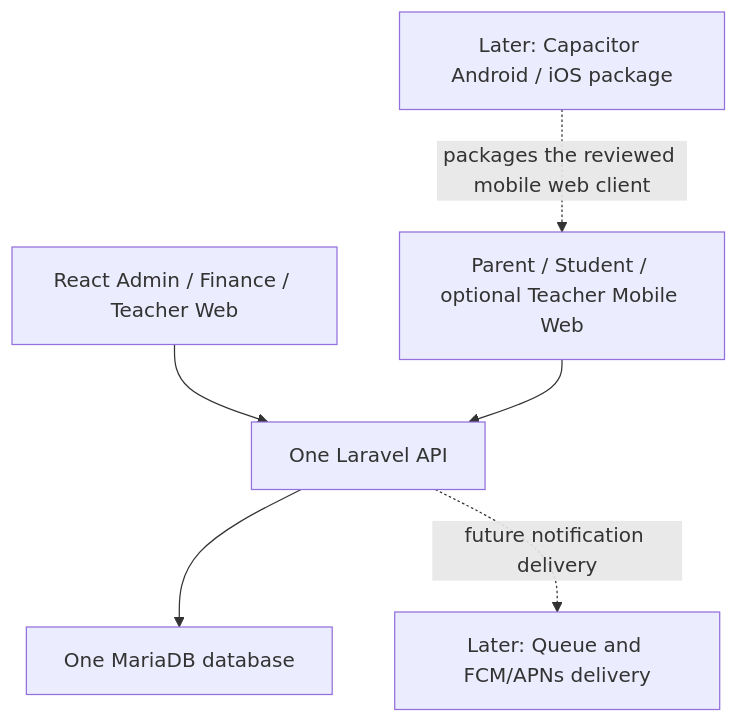
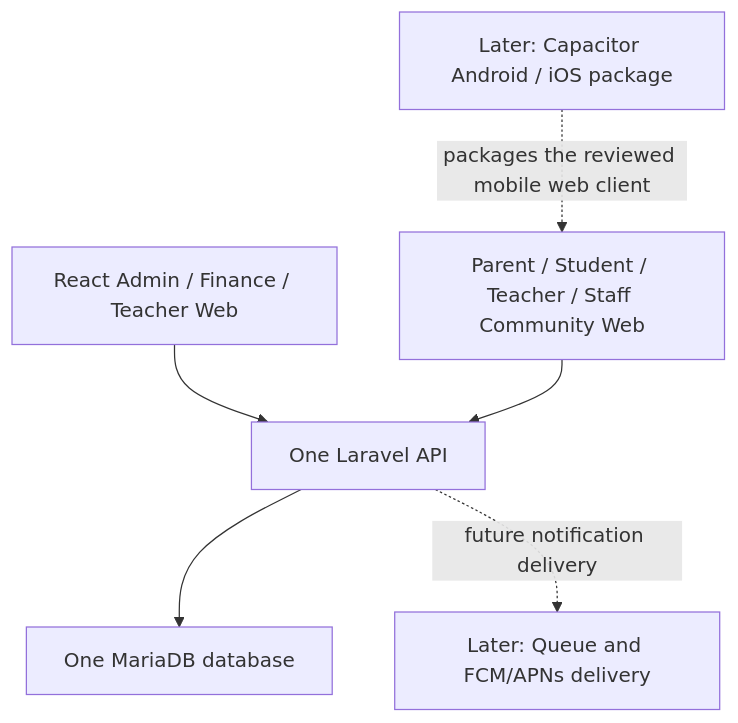
The diagram in docs/mobile-product-roadmap.md (Kaikaiyng/Matahari), drawn with Mermaid before and after one commit. The commit also changed other lines of this file and 31 other files, not shown here.

````diff
--- a/docs/mobile-product-roadmap.md
+++ b/docs/mobile-product-roadmap.md
@@ -19,15 +19,15 @@
 ```mermaid
 flowchart TB
     Admin["React Admin / Finance / Teacher Web"]
-    MobileWeb["Parent / Student / optional Teacher Mobile Web"]
+    MobileWeb["Parent / Student / Teacher / Staff Community Web"]
     Native["Later: Capacitor Android / iOS package"]
     API["One Laravel API"]
     DB["One MariaDB database"]
     Push["Later: Queue and FCM/APNs delivery"]
 
     Admin --> API
     MobileWeb --> API
     Native -.->|"packages the reviewed mobile web client"| MobileWeb
     API --> DB
     API -.->|"future notification delivery"| Push
 ```
````
